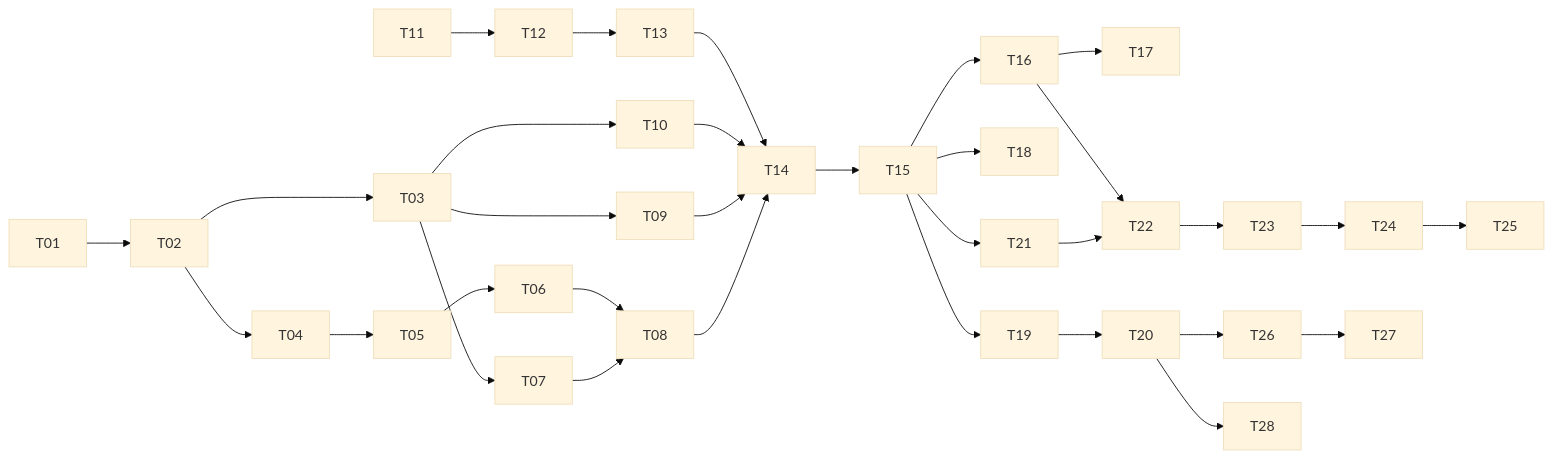
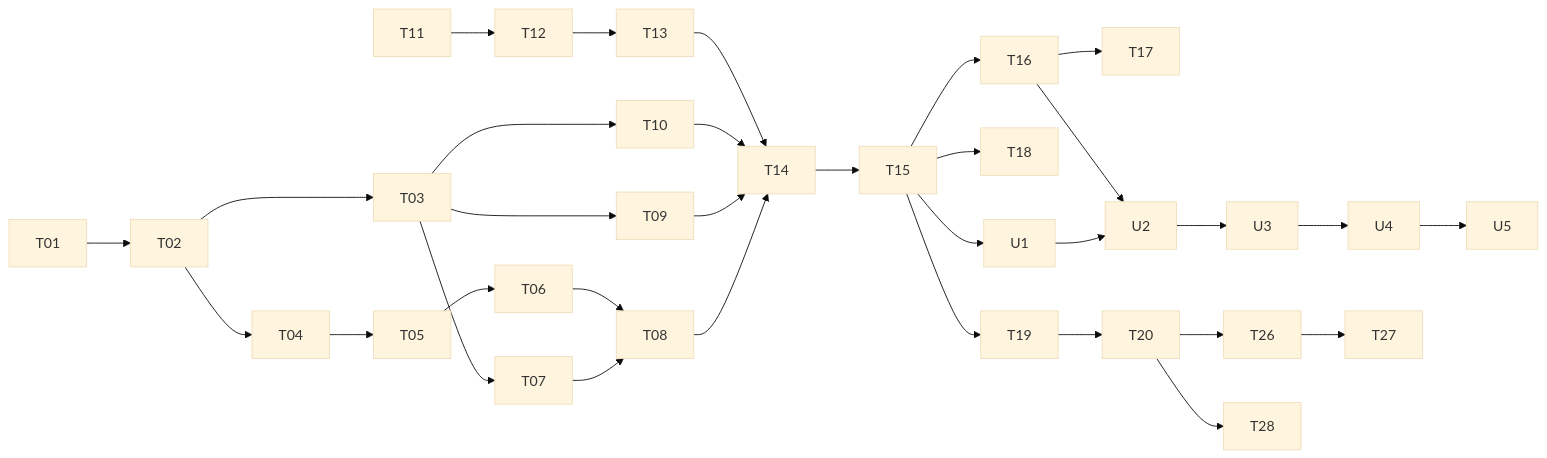
Before and after one commit to Faded-MG/RouteIQ: the diagram in docs/PLAN.md, drawn with Mermaid (base theme). The commit also changed other lines of this file and 5 other files, not shown here.

````diff
--- a/docs/PLAN.md
+++ b/docs/PLAN.md
@@ -56,21 +56,21 @@
 ```mermaid
 flowchart LR
   T01-->T02-->T03
   T02-->T04-->T05-->T06
   T03-->T07-->T08
   T06-->T08
   T03-->T09
   T03-->T10
   T11-->T12-->T13
   T08-->T14
   T09-->T14
   T10-->T14
   T13-->T14-->T15
   T15-->T16-->T17
   T15-->T18
   T15-->T19-->T20
-  T15-->T21-->T22-->T23-->T24-->T25
-  T16-->T22
+  T15-->U1-->U2-->U3-->U4-->U5
+  T16-->U2
   T20-->T26-->T27
   T20-->T28
 ```
````
